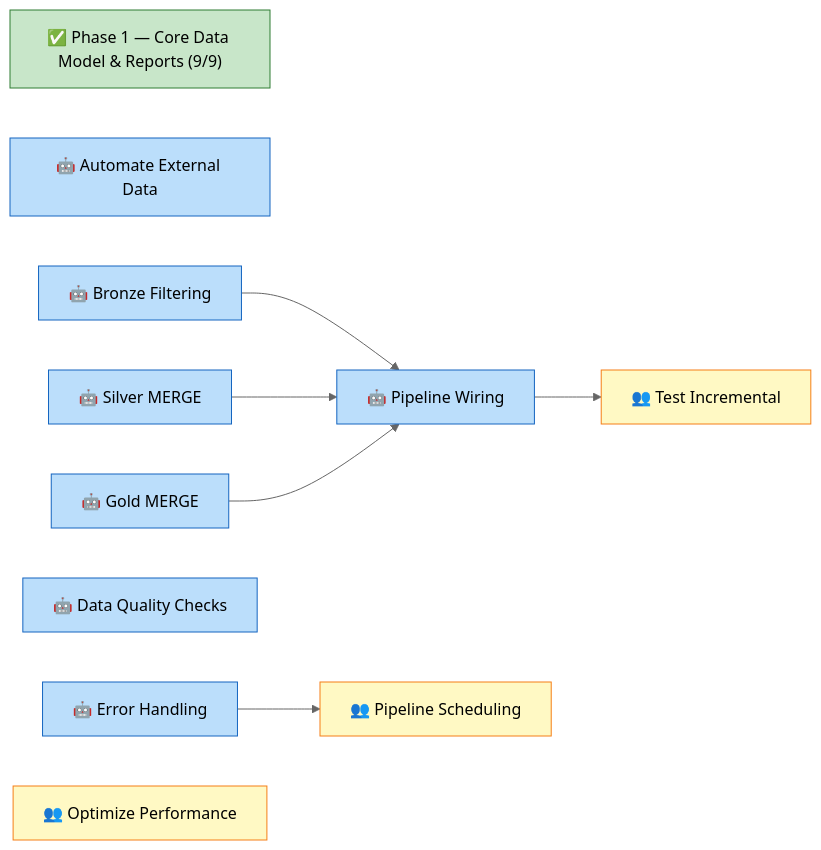
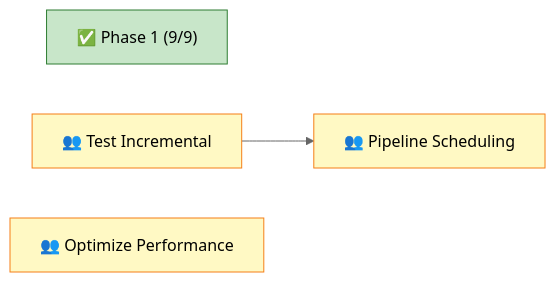
One commit to erikemilsson/OEMMatInsightBI changed the diagram in .claude/dashboard.md. Above: the diagram before and after it, drawn with Mermaid (neutral theme). The commit also changed other lines of this file and 24 other files, not shown here.

First line of the commit message:
Implement incremental loads, data quality, external ingestion, and error handling

````diff
--- a/.claude/dashboard.md
+++ b/.claude/dashboard.md
@@ -79,29 +89,15 @@
 ```mermaid
 graph LR
-    P1["✅ Phase 1 — Core Data Model & Reports (9/9)"]
-    T005["🤖 Automate External Data"]
-    T006_1a["🤖 Bronze Filtering"]
-    T006_1b["🤖 Silver MERGE"]
-    T006_1c["🤖 Gold MERGE"]
-    T006_2["🤖 Pipeline Wiring"]
+    P1["✅ Phase 1 (9/9)"]
     T006_3["👥 Test Incremental"]
-    T007["🤖 Data Quality Checks"]
-    T011["🤖 Error Handling"]
     T010["👥 Pipeline Scheduling"]
     T012["👥 Optimize Performance"]
 
-    T006_1a --> T006_2
-    T006_1b --> T006_2
-    T006_1c --> T006_2
-    T006_2 --> T006_3
-    T011 --> T010
+    T006_3 --> T010
 
     classDef done fill:#c8e6c9,stroke:#2e7d32
-    classDef active fill:#bbdefb,stroke:#1565c0
     classDef human fill:#fff9c4,stroke:#f57f17
-    classDef blocked fill:#f5f5f5,stroke:#9e9e9e
 
     class P1 done
-    class T005,T006_1a,T006_1b,T006_1c,T006_2,T007,T011 active
-    class T010,T012,T006_3 human
+    class T006_3,T010,T012 human
 ```
````
